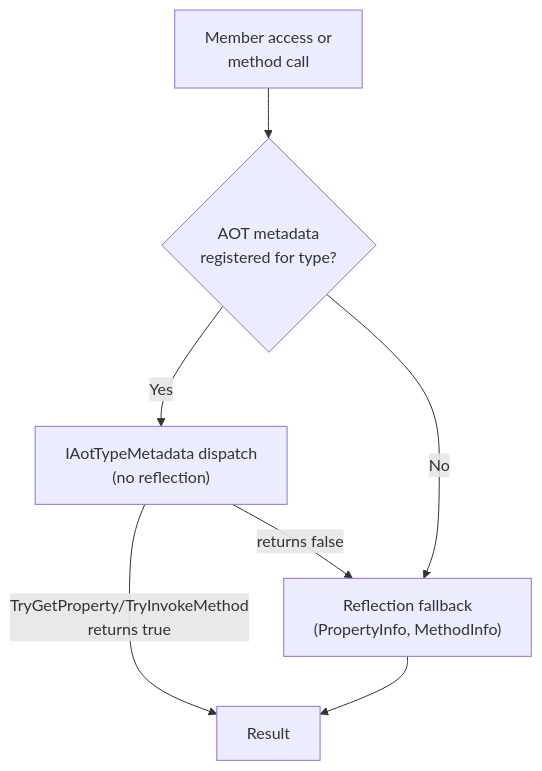
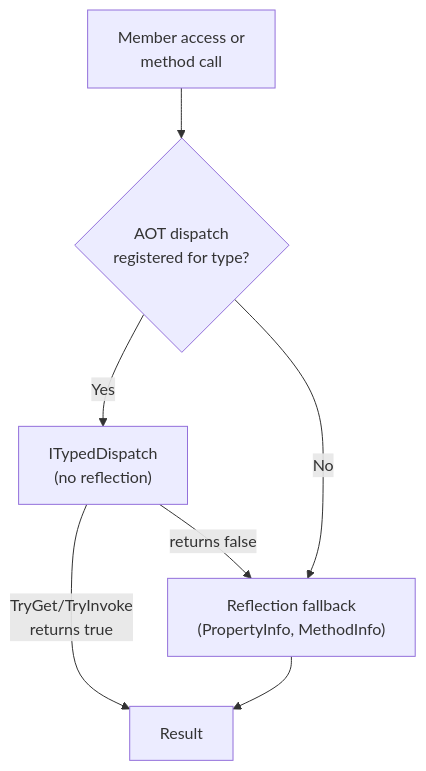
One commit to MartiSilvio/Alder changed the diagram in docs/aot/overview.md. Above: the diagram before and after it, drawn with Mermaid. The commit also changed other lines of this file and 31 other files, not shown here.

````diff
--- a/docs/aot/overview.md
+++ b/docs/aot/overview.md
@@ -14,9 +14,9 @@
 ```mermaid
 graph TD
-    A["Member access or<br/>method call"] --> B{"AOT metadata<br/>registered for type?"}
-    B -->|"Yes"| C["IAotTypeMetadata dispatch<br/>(no reflection)"]
+    A["Member access or<br/>method call"] --> B{"AOT dispatch<br/>registered for type?"}
+    B -->|"Yes"| C["ITypedDispatch<br/>(no reflection)"]
     B -->|"No"| D["Reflection fallback<br/>(PropertyInfo, MethodInfo)"]
-    C -->|"TryGetProperty/TryInvokeMethod<br/>returns true"| E["Result"]
+    C -->|"TryGet/TryInvoke<br/>returns true"| E["Result"]
     C -->|"returns false"| D
     D --> E
 ```
````
